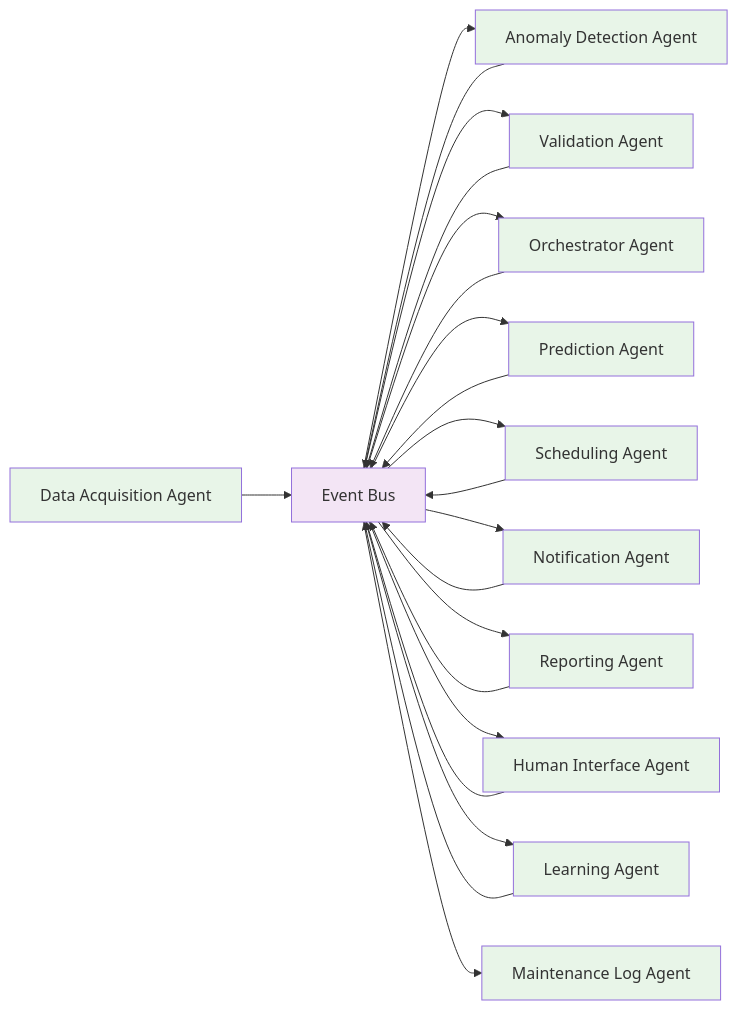
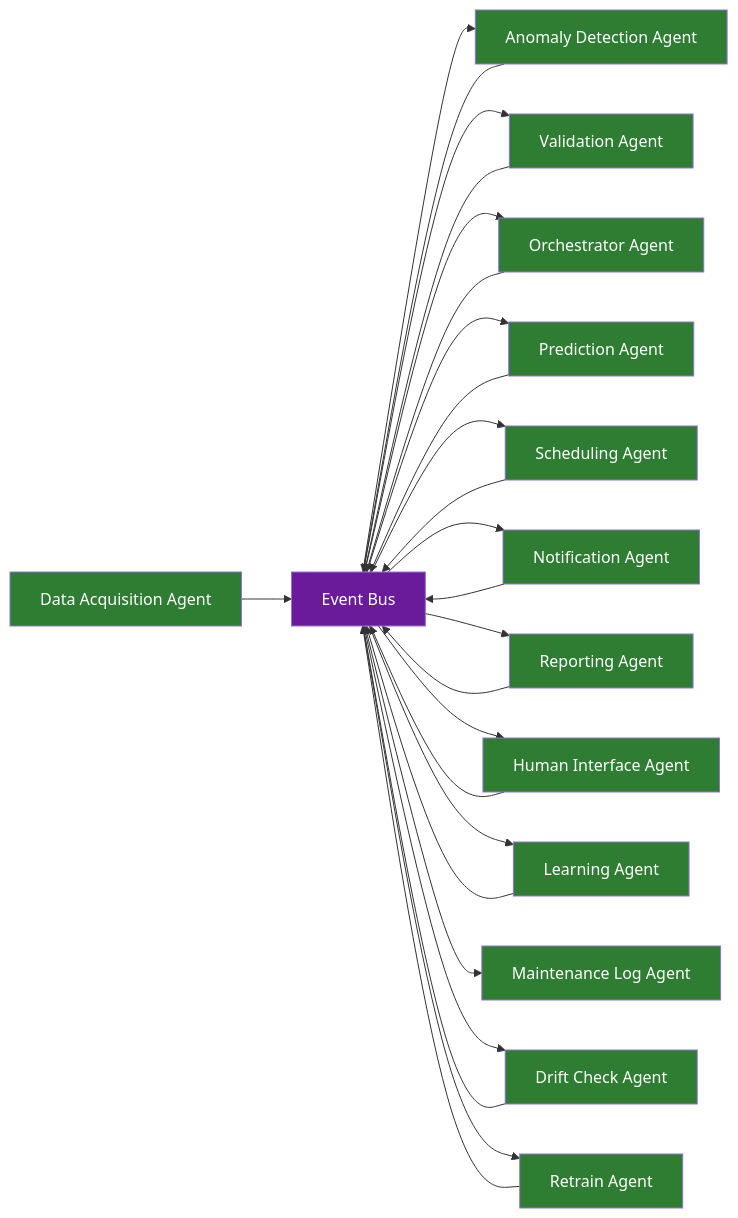
One commit to YanCotta/enterprise_challenge_sprint_1_hermes_reply changed the sixth of 16 diagrams in smart-maintenance-saas/docs/SYSTEM_AND_ARCHITECTURE.md. Above: the diagram before and after it, drawn with Mermaid. The commit also changed other lines of this file, not shown here.

Commit message:
feat: update class definitions in architecture diagrams for improved clarity and consistency

````diff
--- a/smart-maintenance-saas/docs/SYSTEM_AND_ARCHITECTURE.md
+++ b/smart-maintenance-saas/docs/SYSTEM_AND_ARCHITECTURE.md
@@ -442,29 +442,33 @@
 ```mermaid
 graph LR
     DA[Data Acquisition Agent] --> EB[Event Bus]
     EB --> AD[Anomaly Detection Agent]
     AD --> EB
     EB --> VA[Validation Agent]
     VA --> EB
     EB --> OA[Orchestrator Agent]
     OA --> EB
     EB --> PA[Prediction Agent]
     PA --> EB
     EB --> SA[Scheduling Agent]
     SA --> EB
     EB --> NA[Notification Agent]
     NA --> EB
     EB --> RA[Reporting Agent]
     RA --> EB
     EB --> HIA[Human Interface Agent]
     HIA --> EB
     EB --> LA[Learning Agent]
     LA --> EB
     EB --> MLA[Maintenance Log Agent]
+    EB --> DCA[Drift Check Agent]
+    DCA --> EB
+    EB --> RTR[Retrain Agent]
+    RTR --> EB
 
-    classDef agent fill:#e8f5e8
-    classDef eventbus fill:#f3e5f5
+    classDef agent fill:#2E7D32,color:#ffffff
+    classDef eventbus fill:#6A1B9A,color:#ffffff
 
-    class DA,AD,VA,OA,PA,SA,NA,RA,HIA,LA,MLA agent
+    class DA,AD,VA,OA,PA,SA,NA,RA,HIA,LA,MLA,DCA,RTR agent
     class EB eventbus
 ```
````
